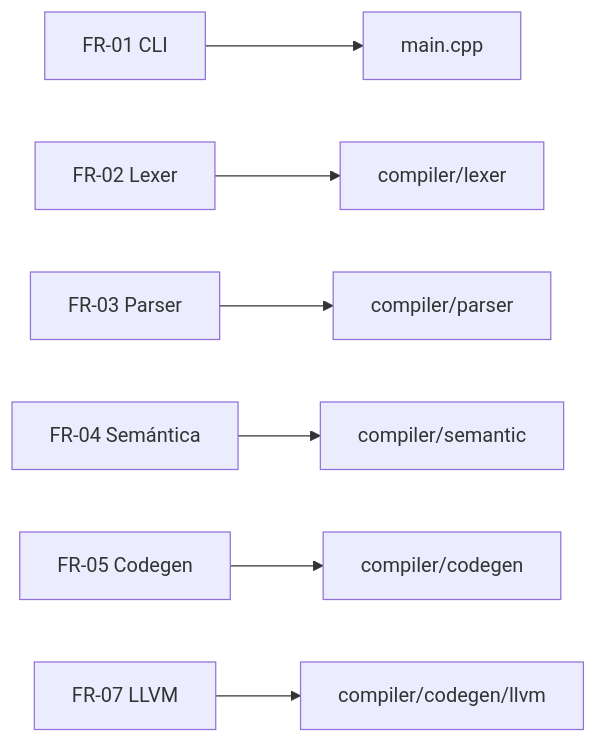
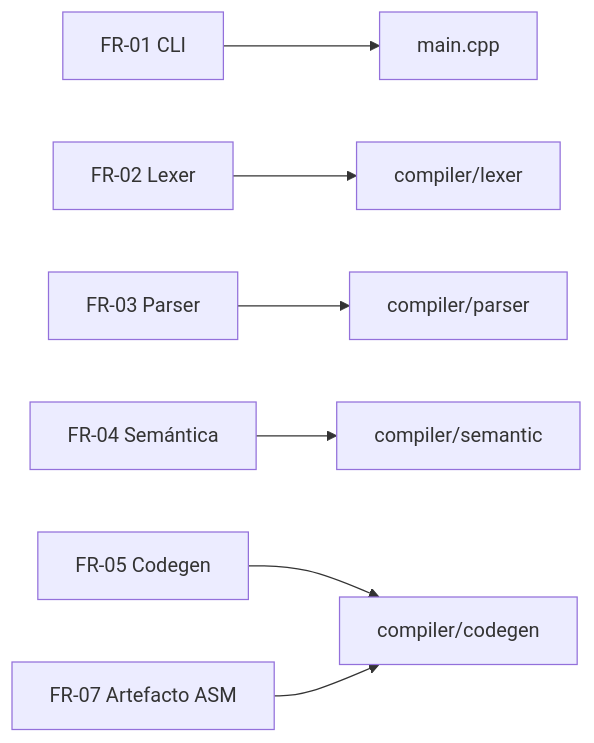
The diagram in docs/systems_engineering/requirements.md (jhulio435m/aymaraLang), drawn with Mermaid before and after one commit. The commit also changed other lines of this file and 221 other files, not shown here.

````diff
--- a/docs/systems_engineering/requirements.md
+++ b/docs/systems_engineering/requirements.md
@@ -52,9 +51,9 @@
 ```mermaid
 flowchart LR
     FR01[FR-01 CLI] --> Main[main.cpp]
     FR02[FR-02 Lexer] --> Lexer[compiler/lexer]
     FR03[FR-03 Parser] --> Parser[compiler/parser]
     FR04[FR-04 Semántica] --> Semantic[compiler/semantic]
     FR05[FR-05 Codegen] --> Codegen[compiler/codegen]
-    FR07[FR-07 LLVM] --> LLVM[compiler/codegen/llvm]
+    FR07[FR-07 Artefacto ASM] --> Codegen
 ```
````
